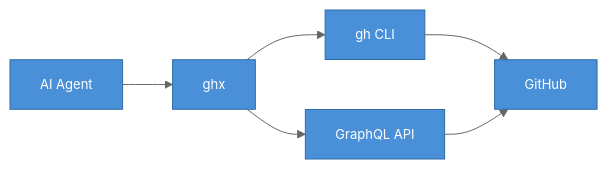
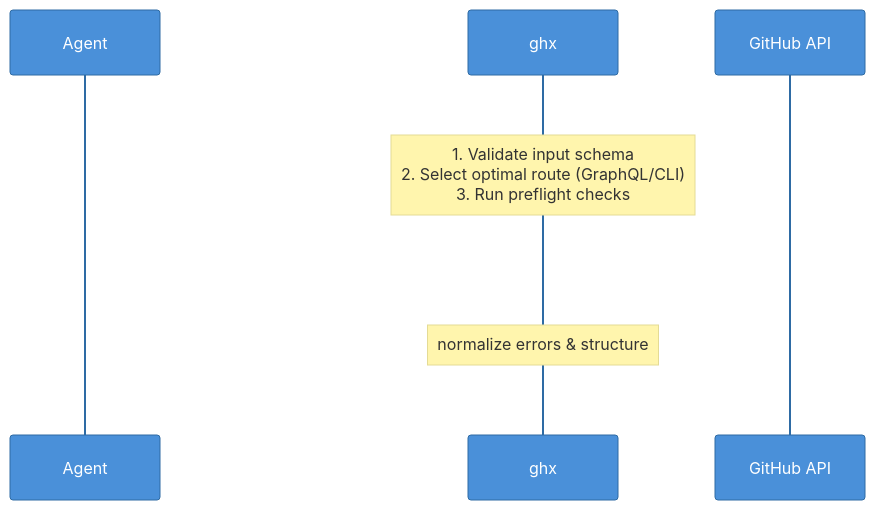
One commit to aryeko/ghx changed the diagram in README.md. Above: the diagram before and after it, drawn with Mermaid. The commit also changed other lines of this file and 15 other files, not shown here.

````diff
--- a/README.md
+++ b/README.md
@@ -10,9 +10,16 @@
 ```mermaid
 %%{init: {'theme': 'base', 'themeVariables': {'primaryColor': '#4A90D9', 'primaryTextColor': '#fff', 'primaryBorderColor': '#2E6BA4', 'lineColor': '#666', 'fontSize': '13px'}}}%%
-flowchart LR
-    Agent["AI Agent"] --> GHX["ghx"]
-    GHX --> CLI["gh CLI"]
-    GHX --> GQL["GraphQL API"]
-    CLI --> GH["GitHub"]
-    GQL --> GH
+sequenceDiagram
+    participant Agent
+    participant ghx as ghx
+    participant GH as GitHub API
+
+    Agent->>ghx: executeTask("pr.view", { owner, name, prNumber })
+
+    Note over ghx: 1. Validate input schema<br/>2. Select optimal route (GraphQL/CLI)<br/>3. Run preflight checks
+    ghx->>GH: typed GraphQL request
+    GH-->>ghx: response
+    Note over ghx: normalize errors & structure
+
+    ghx-->>Agent: ResultEnvelope { ok: true, data: { ... } }
 ```
````
